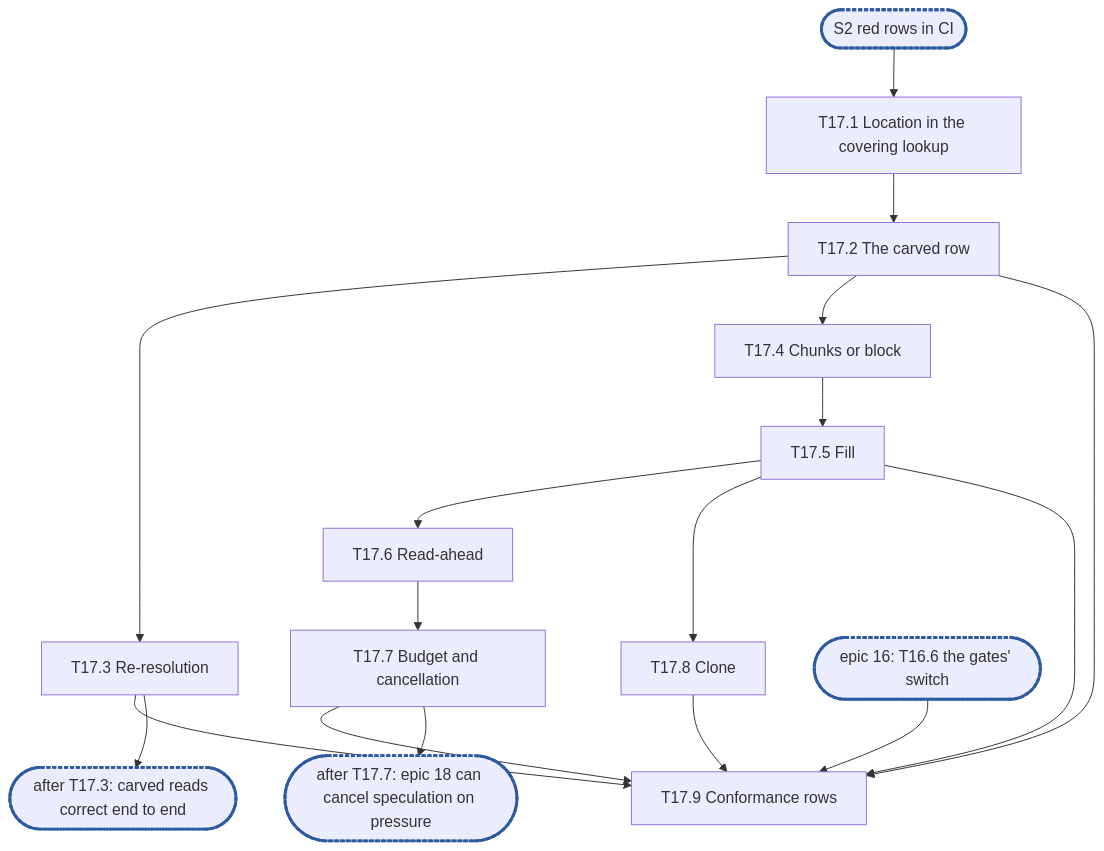
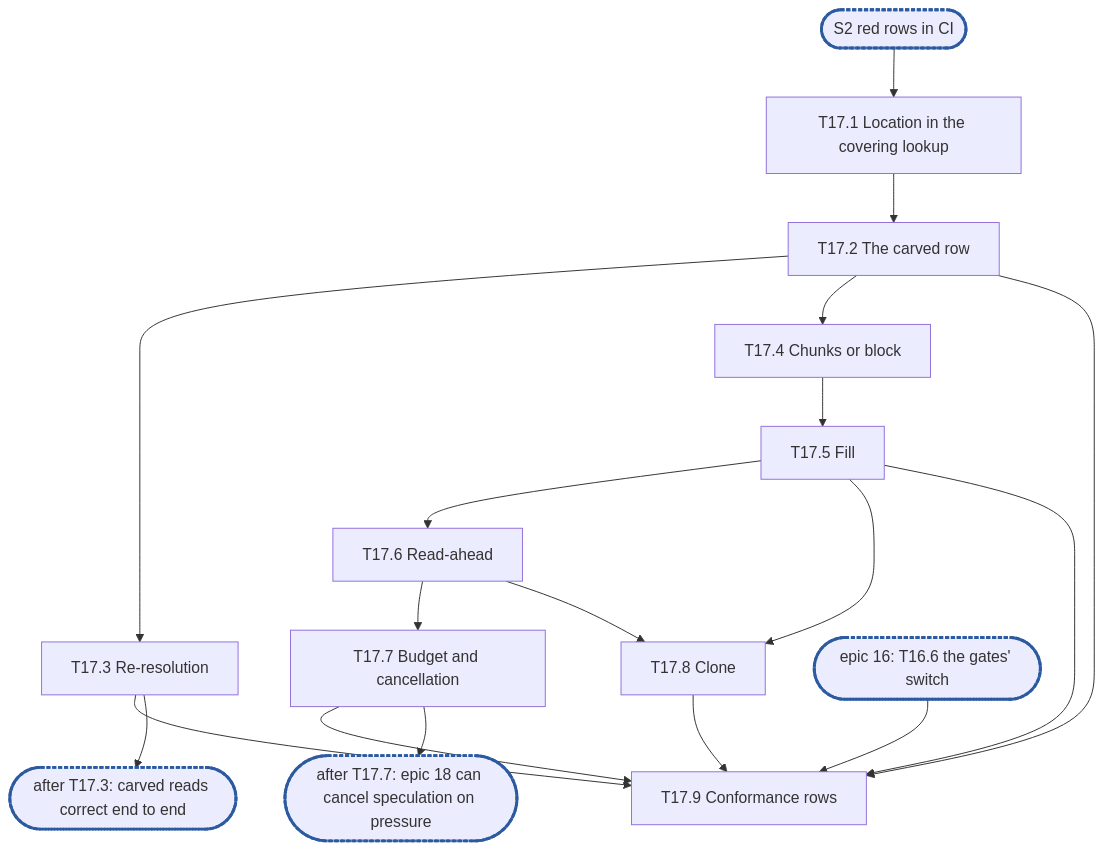
Before and after one commit to cubbit/dittofs: the diagram in .planning/rfc-8-offload-engine-epic17.md, drawn with Mermaid. The commit also changed other lines of this file and 3 other files, not shown here.

````diff
--- a/.planning/rfc-8-offload-engine-epic17.md
+++ b/.planning/rfc-8-offload-engine-epic17.md
@@ -844,13 +875,13 @@
 ```mermaid
 flowchart TD
   S2(["S2 red rows in CI"]):::sync --> T17_1["T17.1 Location in the covering lookup"]
   T17_1 --> T17_2["T17.2 The carved row"] --> T17_3["T17.3 Re-resolution"]
   T17_2 --> T17_4["T17.4 Chunks or block"]
   T17_4 --> T17_5["T17.5 Fill"] --> T17_6["T17.6 Read-ahead"] --> T17_7["T17.7 Budget and cancellation"]
-  T17_5 --> T17_8["T17.8 Clone"]
+  T17_5 & T17_6 --> T17_8["T17.8 Clone"]
   T17_2 & T17_3 & T17_5 & T17_7 & T17_8 --> T17_9["T17.9 Conformance rows"]
   EPIC16(["epic 16: T16.6 the gates' switch"]):::sync --> T17_9
   T17_3 --> C1(["after T17.3: carved reads correct end to end"]):::sync
   T17_7 --> C2(["after T17.7: epic 18 can cancel speculation on pressure"]):::sync
   classDef sync stroke:#2c5aa0,stroke-width:3px,stroke-dasharray:4 2
 ```
````
